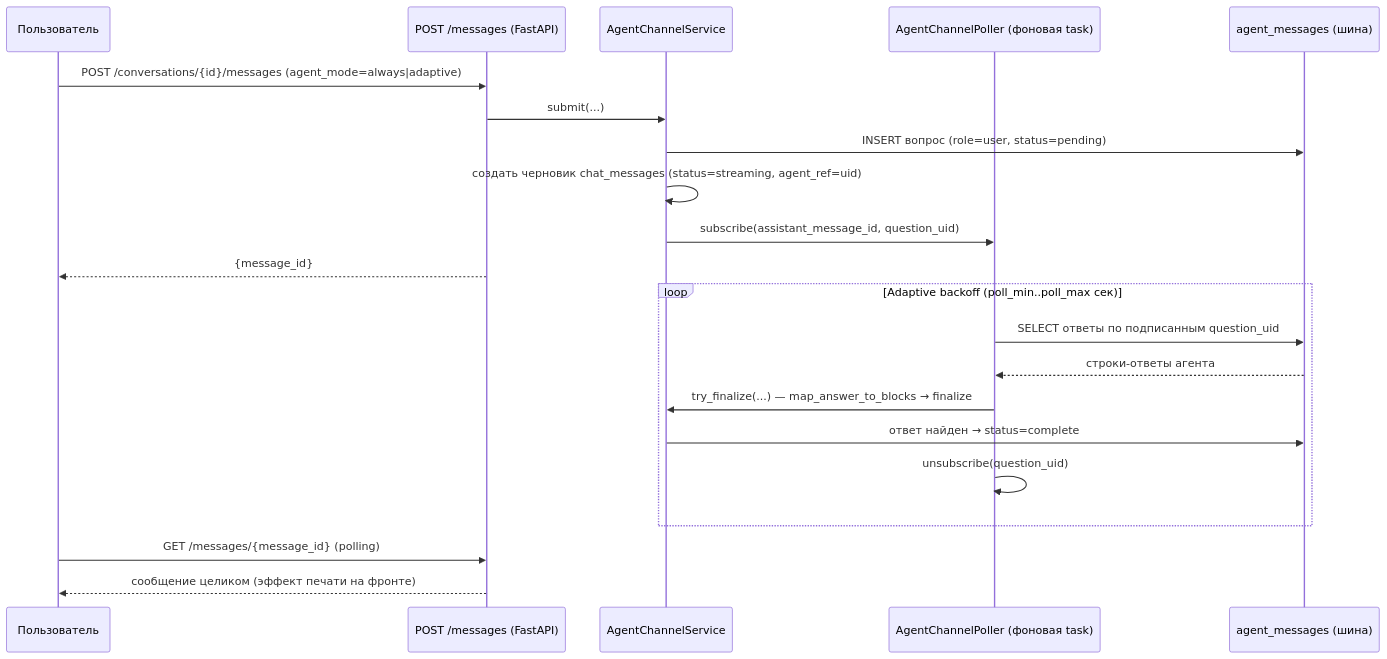
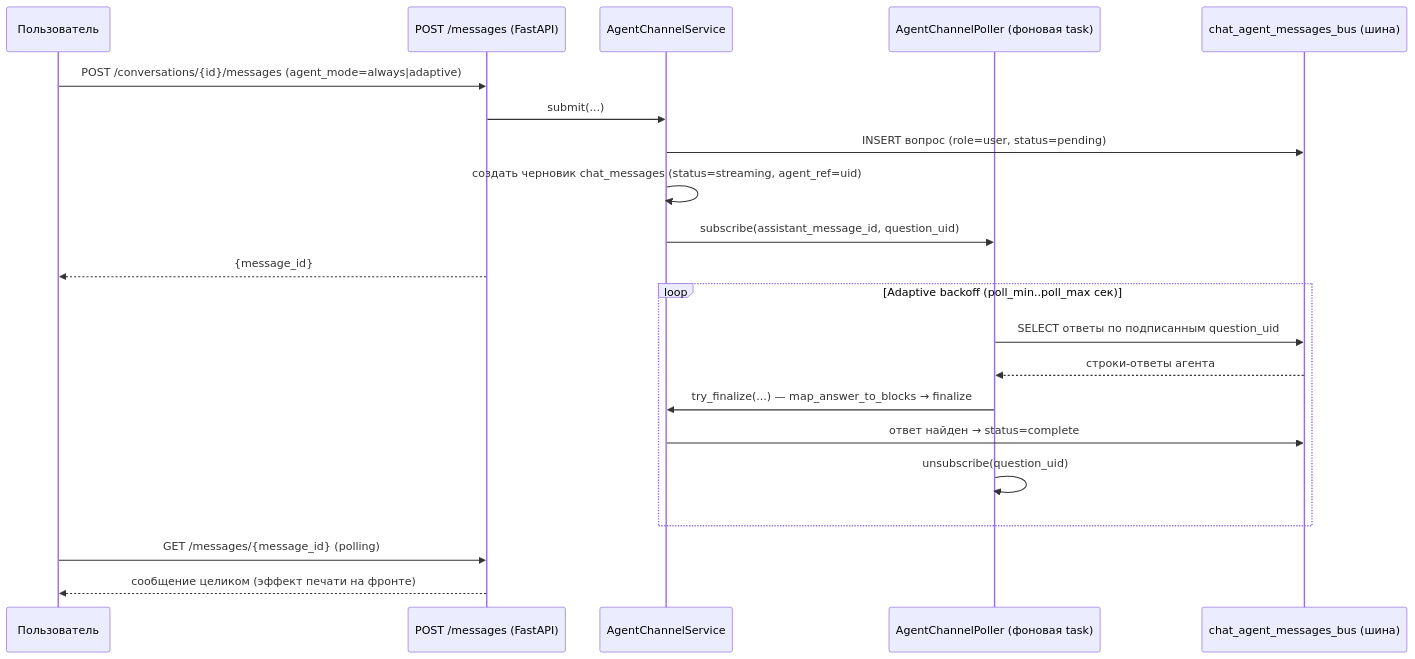
Before and after one commit to mr-Dees/Act-Constructor: the second of 2 diagrams in docs/guides/developer-guide.md, drawn with Mermaid. The commit also changed other lines of this file and 32 other files, not shown here.

Commit message:
Bus-таблица агента переименована в chat_agent_messages_bus и дополнен drop-скрипт пропущенными sequences

````diff
--- a/docs/guides/developer-guide.md
+++ b/docs/guides/developer-guide.md
@@ -1347,26 +1347,26 @@
 ```mermaid
 sequenceDiagram
     participant U as Пользователь
     participant API as POST /messages (FastAPI)
     participant S as AgentChannelService
     participant P as AgentChannelPoller (фоновая task)
-    participant BUS as agent_messages (шина)
+    participant BUS as chat_agent_messages_bus (шина)
 
     U->>API: POST /conversations/{id}/messages (agent_mode=always|adaptive)
     API->>S: submit(...)
     S->>BUS: INSERT вопрос (role=user, status=pending)
     S->>S: создать черновик chat_messages (status=streaming, agent_ref=uid)
     S->>P: subscribe(assistant_message_id, question_uid)
     API-->>U: {message_id}
 
     loop Adaptive backoff (poll_min..poll_max сек)
         P->>BUS: SELECT ответы по подписанным question_uid
         BUS-->>P: строки-ответы агента
         P->>S: try_finalize(...) — map_answer_to_blocks → finalize
         S->>BUS: ответ найден → status=complete
         P->>P: unsubscribe(question_uid)
     end
 
     U->>API: GET /messages/{message_id} (polling)
     API-->>U: сообщение целиком (эффект печати на фронте)
 ```
````
